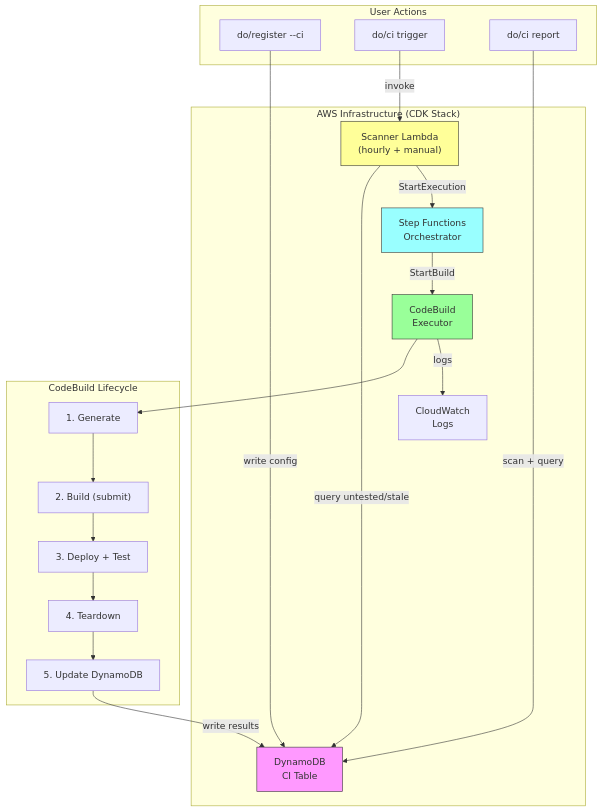
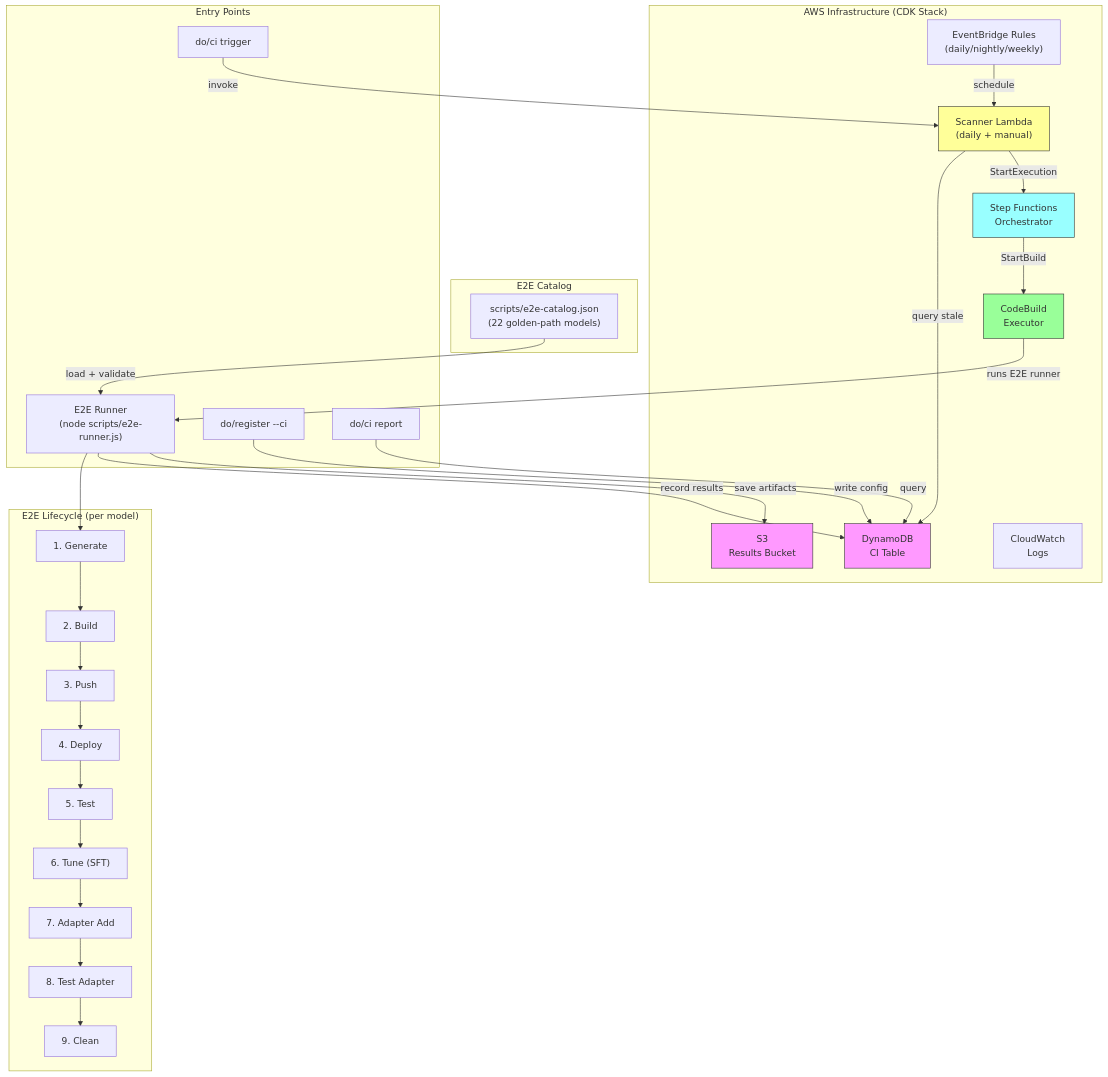
The diagram in docs/ci-integration.md (awslabs/ml-container-creator), drawn with Mermaid before and after one commit. The commit also changed other lines of this file and 105 other files, not shown here.

First line of the commit message:
feat: schema-driven architecture + full codebase decomposition

````diff
--- a/docs/ci-integration.md
+++ b/docs/ci-integration.md
@@ -18,39 +21,54 @@
 ```mermaid
 graph TD
-    subgraph "User Actions"
+    subgraph "Entry Points"
+        RUNNER["E2E Runner<br/>(node scripts/e2e-runner.js)"]
         REG["do/register --ci"]
         TRIGGER["do/ci trigger"]
         REPORT["do/ci report"]
     end
 
+    subgraph "E2E Catalog"
+        CAT["scripts/e2e-catalog.json<br/>(22 golden-path models)"]
+    end
+
     subgraph "AWS Infrastructure (CDK Stack)"
         DDB["DynamoDB<br/>CI Table"]
-        LAMBDA["Scanner Lambda<br/>(hourly + manual)"]
+        S3["S3<br/>Results Bucket"]
+        LAMBDA["Scanner Lambda<br/>(daily + manual)"]
         SFN["Step Functions<br/>Orchestrator"]
         CB["CodeBuild<br/>Executor"]
         CW["CloudWatch<br/>Logs"]
+        EB["EventBridge Rules<br/>(daily/nightly/weekly)"]
     end
 
-    subgraph "CodeBuild Lifecycle"
+    subgraph "E2E Lifecycle (per model)"
         GEN["1. Generate"]
-        BUILD["2. Build (submit)"]
-        DEPLOY["3. Deploy + Test"]
-        TEAR["4. Teardown"]
-        UPDATE["5. Update DynamoDB"]
+        BUILD["2. Build"]
+        PUSH["3. Push"]
+        DEPLOY["4. Deploy"]
+        TEST1["5. Test"]
+        TUNE["6. Tune (SFT)"]
+        ADAPT["7. Adapter Add"]
+        TEST2["8. Test Adapter"]
+        CLEAN["9. Clean"]
     end
 
+    CAT -->|"load + validate"| RUNNER
+    RUNNER --> GEN --> BUILD --> PUSH --> DEPLOY --> TEST1 --> TUNE --> ADAPT --> TEST2 --> CLEAN
+    RUNNER -->|"record results"| DDB
+    RUNNER -->|"save artifacts"| S3
     REG -->|"write config"| DDB
     TRIGGER -->|"invoke"| LAMBDA
-    LAMBDA -->|"query untested/stale"| DDB
+    EB -->|"schedule"| LAMBDA
+    LAMBDA -->|"query stale"| DDB
     LAMBDA -->|"StartExecution"| SFN
     SFN -->|"StartBuild"| CB
-    CB --> GEN --> BUILD --> DEPLOY --> TEAR --> UPDATE
-    UPDATE -->|"write results"| DDB
-    CB -->|"logs"| CW
-    REPORT -->|"scan + query"| DDB
+    CB -->|"runs E2E runner"| RUNNER
+    REPORT -->|"query"| DDB
 
     style DDB fill:#f9f,stroke:#333
+    style S3 fill:#f9f,stroke:#333
     style LAMBDA fill:#ff9,stroke:#333
     style SFN fill:#9ff,stroke:#333
     style CB fill:#9f9,stroke:#333
 ```
````
